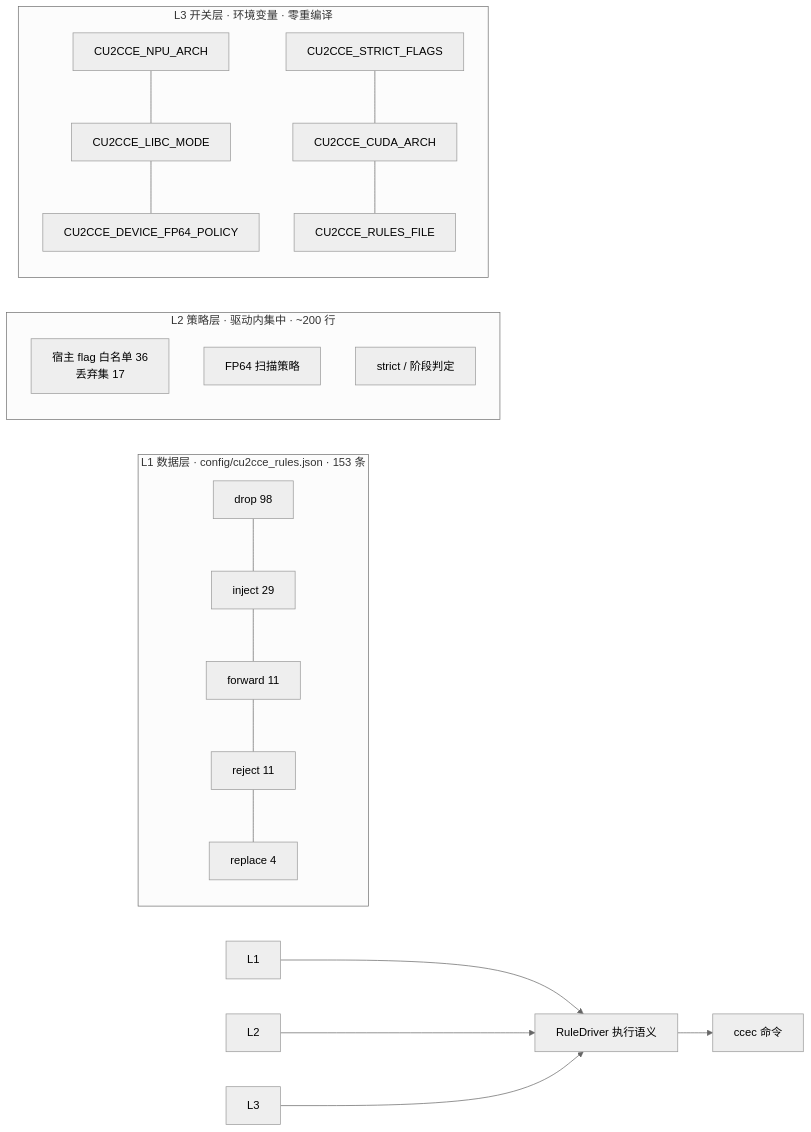
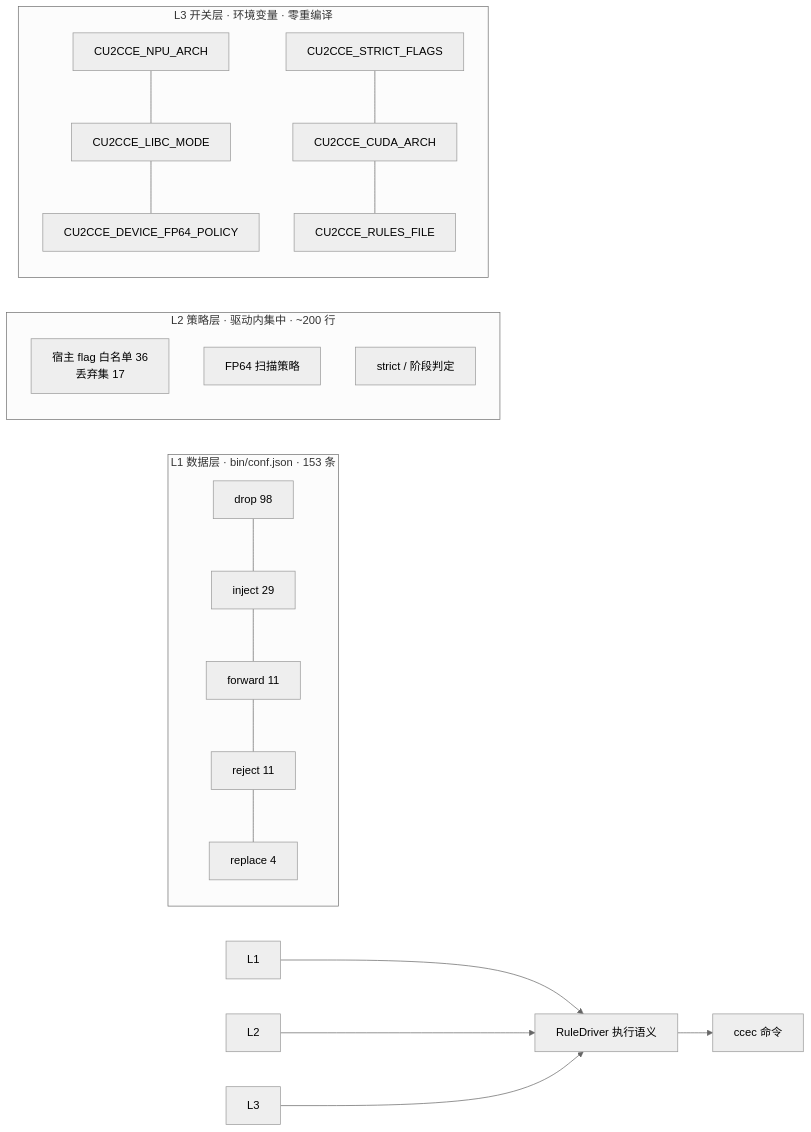
The second of 3 diagrams in docs/01_架构设计/07_cucc_adaptability.md (tmchao7/cu2cce-bridge), drawn with Mermaid (neutral theme) before and after one commit. The commit also changed other lines of this file and 35 other files, not shown here.

````diff
--- a/docs/01_架构设计/07_cucc_adaptability.md
+++ b/docs/01_架构设计/07_cucc_adaptability.md
@@ -105,19 +105,19 @@
 ```mermaid
 graph LR
-    subgraph L1 数据层["L1 数据层 · config/cu2cce_rules.json · 153 条"]
+    subgraph L1 数据层["L1 数据层 · bin/conf.json · 153 条"]
         R1[drop 98] --- R2[inject 29] --- R3[forward 11] --- R4[reject 11] --- R5[replace 4]
     end
     subgraph L2 策略层["L2 策略层 · 驱动内集中 · ~200 行"]
         P1[宿主 flag 白名单 36<br/>丢弃集 17]
         P2[FP64 扫描策略]
         P3[strict / 阶段判定]
     end
     subgraph L3 开关层["L3 开关层 · 环境变量 · 零重编译"]
         E1[CU2CCE_NPU_ARCH] --- E2[CU2CCE_LIBC_MODE] --- E3[CU2CCE_DEVICE_FP64_POLICY]
         E4[CU2CCE_STRICT_FLAGS] --- E5[CU2CCE_CUDA_ARCH] --- E6[CU2CCE_RULES_FILE]
     end
     L1 --> D[RuleDriver 执行语义]
     L2 --> D
     L3 --> D
     D --> X[ccec 命令]
 ```
````
